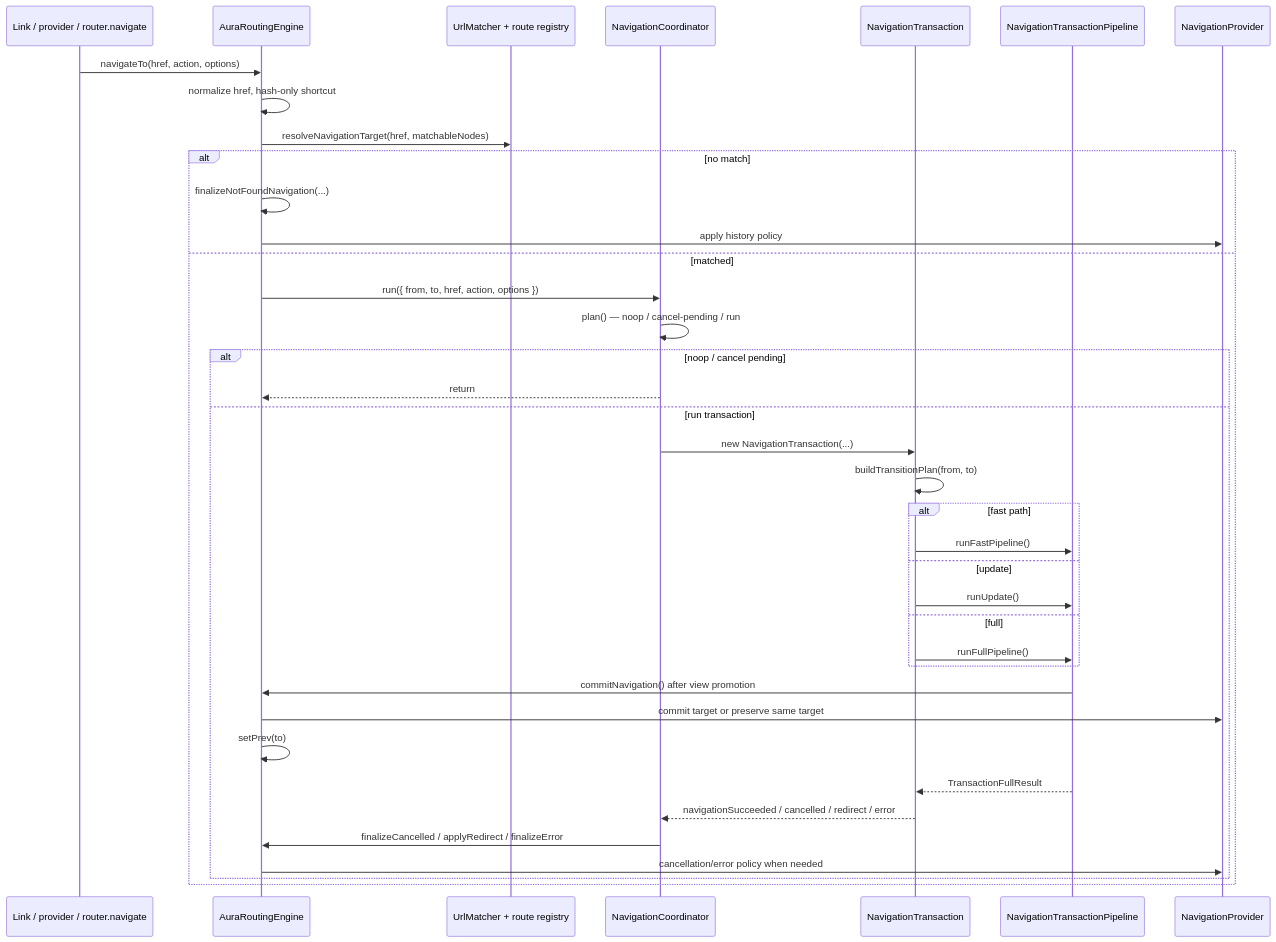
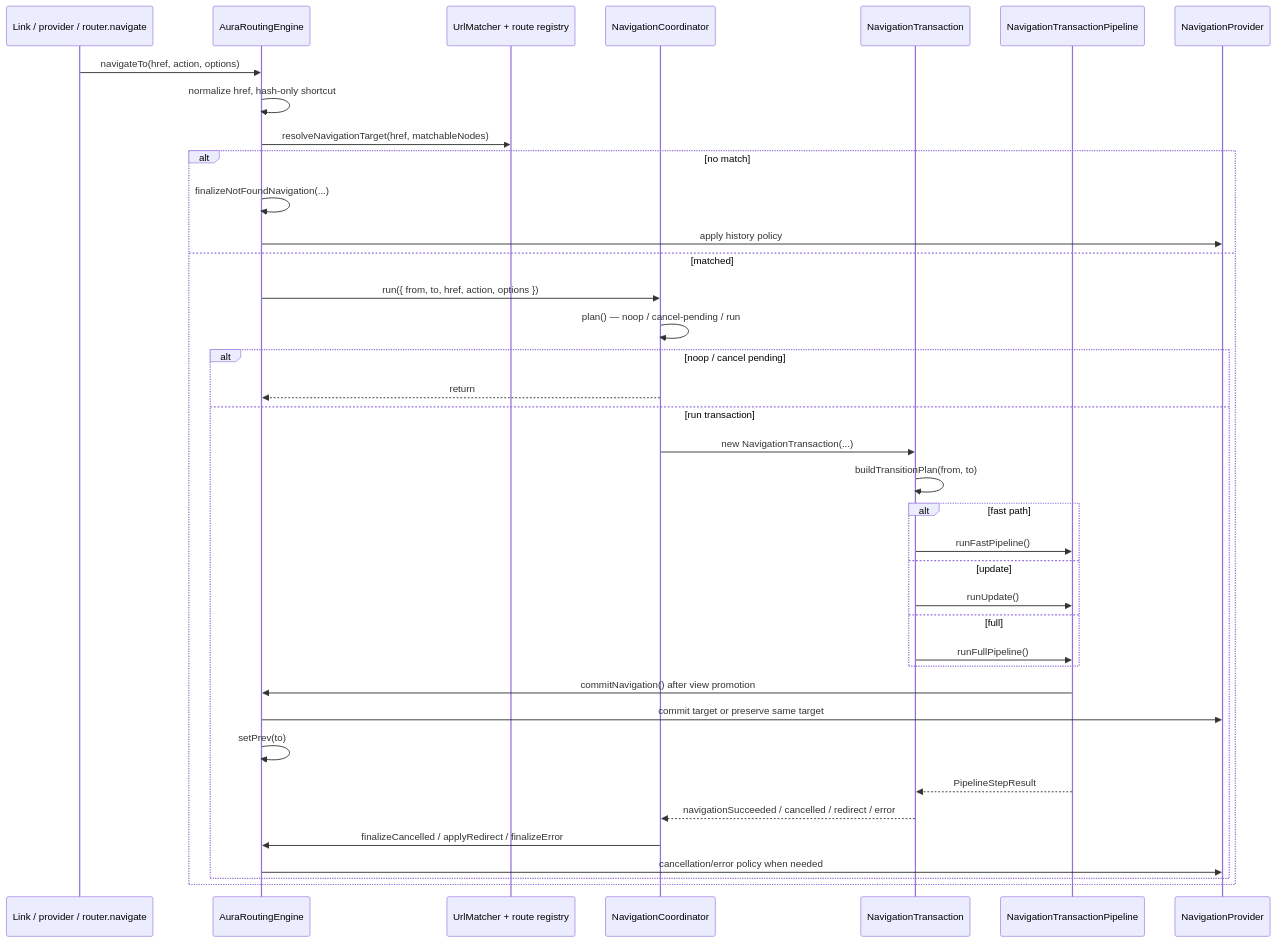
The diagram in src/modules/aura-routing-engine/core/ARCHITECTURE.md (aura-ui/router), drawn with Mermaid before and after one commit. The commit also changed other lines of this file and 15 other files, not shown here.

````diff
--- a/src/modules/aura-routing-engine/core/ARCHITECTURE.md
+++ b/src/modules/aura-routing-engine/core/ARCHITECTURE.md
@@ -24,41 +24,41 @@
 ```mermaid
 sequenceDiagram
   participant Source as Link / provider / router.navigate
   participant Engine as AuraRoutingEngine
   participant Match as UrlMatcher + route registry
   participant Coord as NavigationCoordinator
   participant Tx as NavigationTransaction
   participant Pipeline as NavigationTransactionPipeline
   participant History as NavigationProvider
 
   Source->>Engine: navigateTo(href, action, options)
   Engine->>Engine: normalize href, hash-only shortcut
   Engine->>Match: resolveNavigationTarget(href, matchableNodes)
   alt no match
     Engine->>Engine: finalizeNotFoundNavigation(...)
     Engine->>History: apply history policy
   else matched
     Engine->>Coord: run({ from, to, href, action, options })
     Coord->>Coord: plan() — noop / cancel-pending / run
     alt noop / cancel pending
       Coord-->>Engine: return
     else run transaction
       Coord->>Tx: new NavigationTransaction(...)
       Tx->>Tx: buildTransitionPlan(from, to)
       alt fast path
         Tx->>Pipeline: runFastPipeline()
       else update
         Tx->>Pipeline: runUpdate()
       else full
         Tx->>Pipeline: runFullPipeline()
       end
       Pipeline->>Engine: commitNavigation() after view promotion
       Engine->>History: commit target or preserve same target
       Engine->>Engine: setPrev(to)
-      Pipeline-->>Tx: TransactionFullResult
+      Pipeline-->>Tx: PipelineStepResult
       Tx-->>Coord: navigationSucceeded / cancelled / redirect / error
       Coord->>Engine: finalizeCancelled / applyRedirect / finalizeError
       Engine->>History: cancellation/error policy when needed
     end
   end
 ```
````
